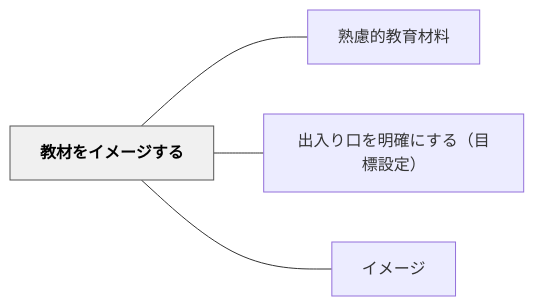
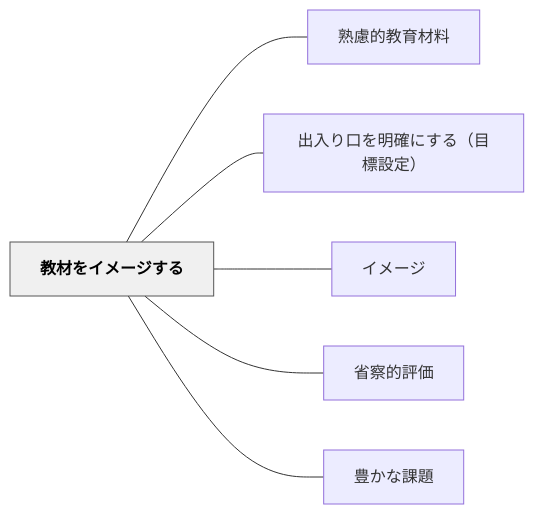
The diagram in content/パタン/教材をイメージする.md (unknownthings-ed-patterns/unknownthings-ed-patterns), drawn with Mermaid before and after one commit. The commit also changed other lines of this file and 36 other files, not shown here.

````diff
--- a/content/パタン/教材をイメージする.md
+++ b/content/パタン/教材をイメージする.md
@@ -44,14 +48,18 @@
 ```mermaid
 flowchart LR
     ne69599e69d90e38292e382a4e383a1e383bce382b8e38199e3828b["教材をイメージする"]
     ne7869fe685aee79a84e69599e882b2e69d90e69699["熟慮的教育材料"]
     ne587bae585a5e3828ae58fa3e38292e6988ee7a2bae381abe38199e3828befbc88e79baee6a899e8a8ade5ae9aefbc89["出入り口を明確にする（目標設定）"]
     ne382a4e383a1e383bce382b8["イメージ"]
+    ne79c81e5af9fe79a84e8a995e4bea1["省察的評価"]
+    ne8b18ae3818be381aae8aab2e9a18c["豊かな課題"]
 
     ne69599e69d90e38292e382a4e383a1e383bce382b8e38199e3828b --- ne7869fe685aee79a84e69599e882b2e69d90e69699
     ne69599e69d90e38292e382a4e383a1e383bce382b8e38199e3828b --- ne587bae585a5e3828ae58fa3e38292e6988ee7a2bae381abe38199e3828befbc88e79baee6a899e8a8ade5ae9aefbc89
     ne69599e69d90e38292e382a4e383a1e383bce382b8e38199e3828b --- ne382a4e383a1e383bce382b8
+    ne69599e69d90e38292e382a4e383a1e383bce382b8e38199e3828b --- ne79c81e5af9fe79a84e8a995e4bea1
+    ne69599e69d90e38292e382a4e383a1e383bce382b8e38199e3828b --- ne8b18ae3818be381aae8aab2e9a18c
 
     classDef hub fill:#f0f0f0,stroke:#555,color:#000,font-weight:bold
     class ne69599e69d90e38292e382a4e383a1e383bce382b8e38199e3828b hub
 ```
````
